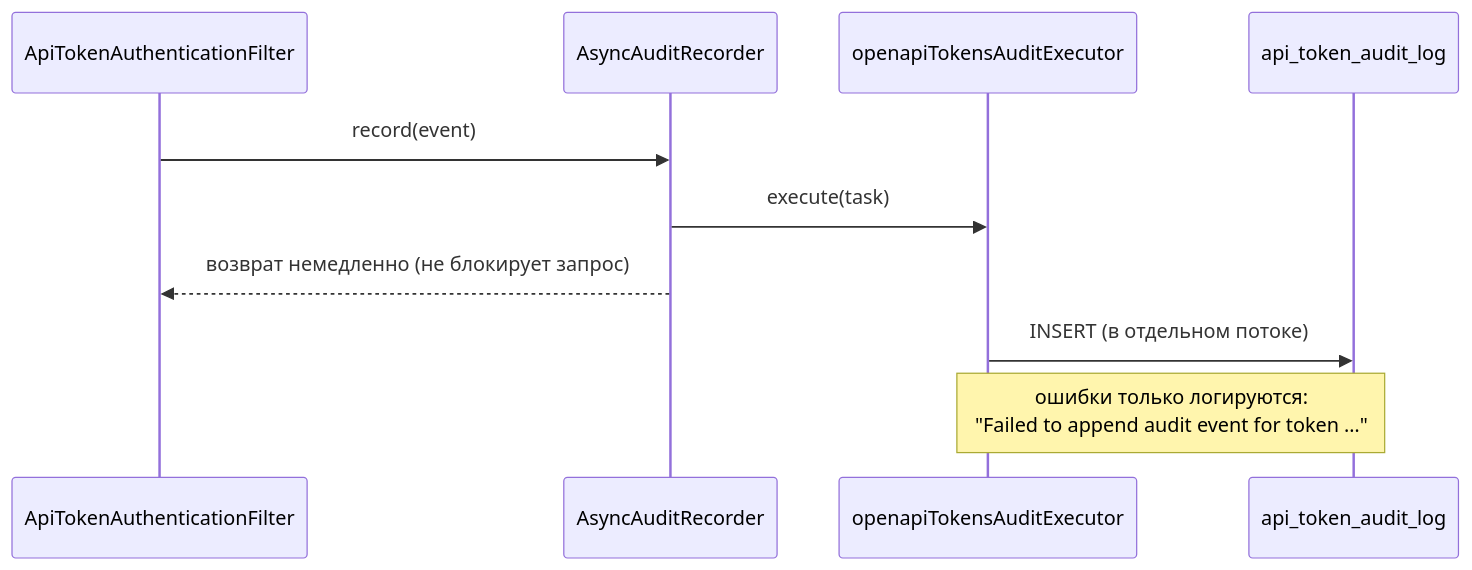
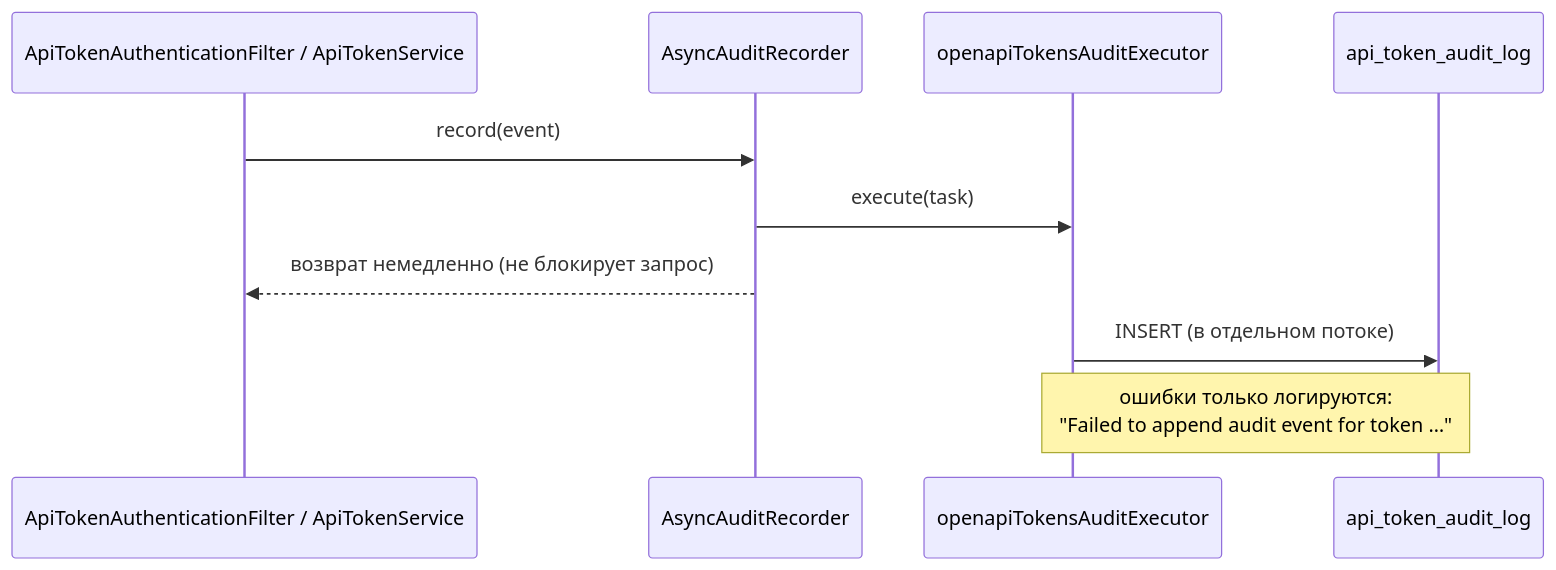
The diagram in docs/features/audit.md (fso13/open-api-lib), drawn with Mermaid before and after one commit. The commit also changed other lines of this file and 109 other files, not shown here.

````diff
--- a/docs/features/audit.md
+++ b/docs/features/audit.md
@@ -47,13 +59,13 @@
 ```mermaid
 sequenceDiagram
-    participant F as ApiTokenAuthenticationFilter
+    participant F as ApiTokenAuthenticationFilter / ApiTokenService
     participant AR as AsyncAuditRecorder
     participant EX as openapiTokensAuditExecutor
     participant DB as api_token_audit_log
 
     F->>AR: record(event)
     AR->>EX: execute(task)
     AR-->>F: возврат немедленно (не блокирует запрос)
     EX->>DB: INSERT (в отдельном потоке)
     Note over EX,DB: ошибки только логируются:<br/>"Failed to append audit event for token …"
 ```
````
